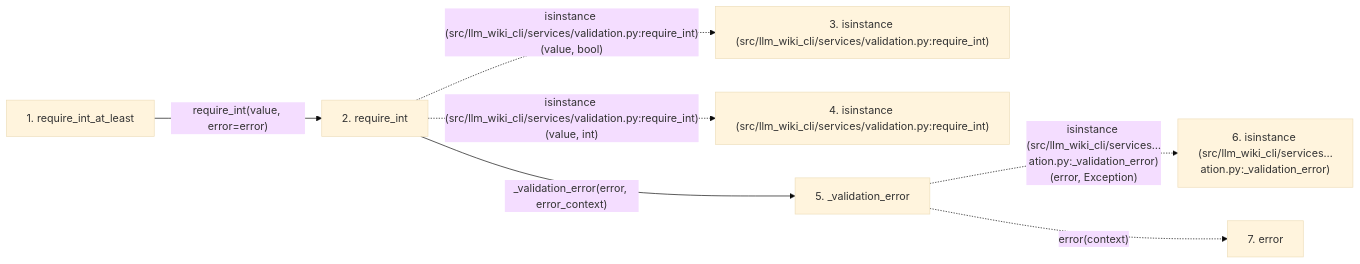
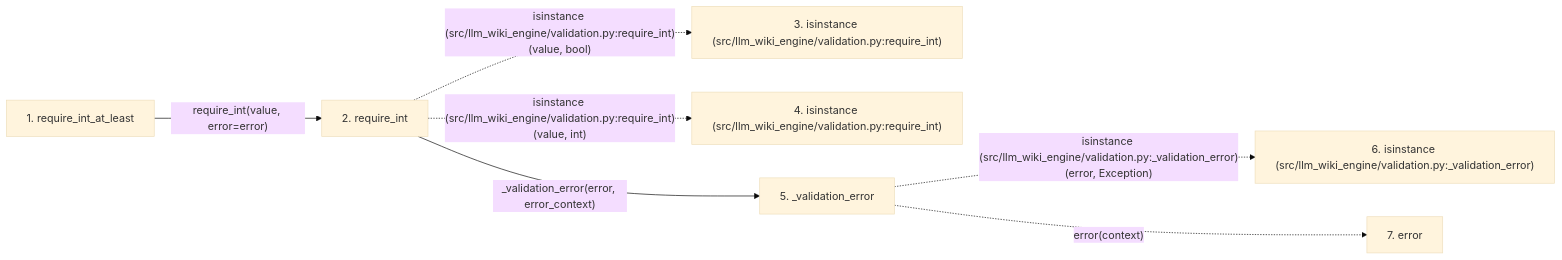
The second of 2 diagrams in docs/llm_wiki/flows/api-require_int_at_least.md (Denissvgn/python-wiki-llm), drawn with Mermaid (base theme) before and after one commit. The commit also changed other lines of this file and 1103 other files, not shown here.

First line of the commit message:
docs: refresh the wiki for the llm-wiki-engine distribution

````diff
--- a/docs/llm_wiki/flows/api-require_int_at_least.md
+++ b/docs/llm_wiki/flows/api-require_int_at_least.md
@@ -45,19 +45,19 @@
 ```mermaid
 flowchart LR
     s1["1. require_int_at_least"]
     s2["2. require_int"]
-    s3["3. isinstance (src/llm_wiki_cli/services/validation.py:require_int)"]
-    s4["4. isinstance (src/llm_wiki_cli/services/validation.py:require_int)"]
+    s3["3. isinstance (src/llm_wiki_engine/validation.py:require_int)"]
+    s4["4. isinstance (src/llm_wiki_engine/validation.py:require_int)"]
     s5["5. _validation_error"]
-    s6["6. isinstance (src/llm_wiki_cli/services…ation.py:_validation_error)"]
+    s6["6. isinstance (src/llm_wiki_engine/validation.py:_validation_error)"]
     s7["7. error"]
     s1 -->|"require_int(value, error=error)"| s2
-    s2 -. "isinstance (src/llm_wiki_cli/services/validation.py:require_int)(value, bool)" .-> s3
-    s2 -. "isinstance (src/llm_wiki_cli/services/validation.py:require_int)(value, int)" .-> s4
+    s2 -. "isinstance (src/llm_wiki_engine/validation.py:require_int)(value, bool)" .-> s3
+    s2 -. "isinstance (src/llm_wiki_engine/validation.py:require_int)(value, int)" .-> s4
     s2 -->|"_validation_error(error, error_context)"| s5
-    s5 -. "isinstance (src/llm_wiki_cli/services…ation.py:_validation_error)(error, Exception)" .-> s6
+    s5 -. "isinstance (src/llm_wiki_engine/validation.py:_validation_error)(error, Exception)" .-> s6
     s5 -. "error(context)" .-> s7
     click s1 "../modules/validation.md"
     click s2 "../modules/validation.md"
     click s5 "../modules/validation.md"
 ```
````
